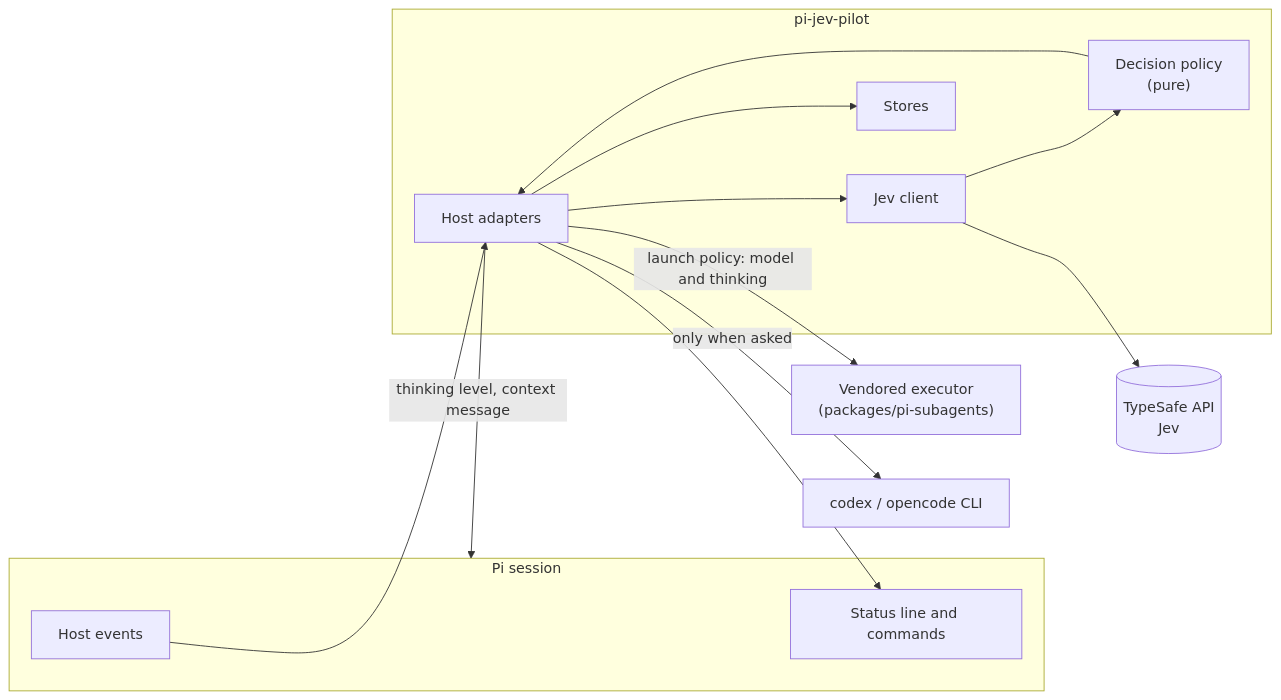
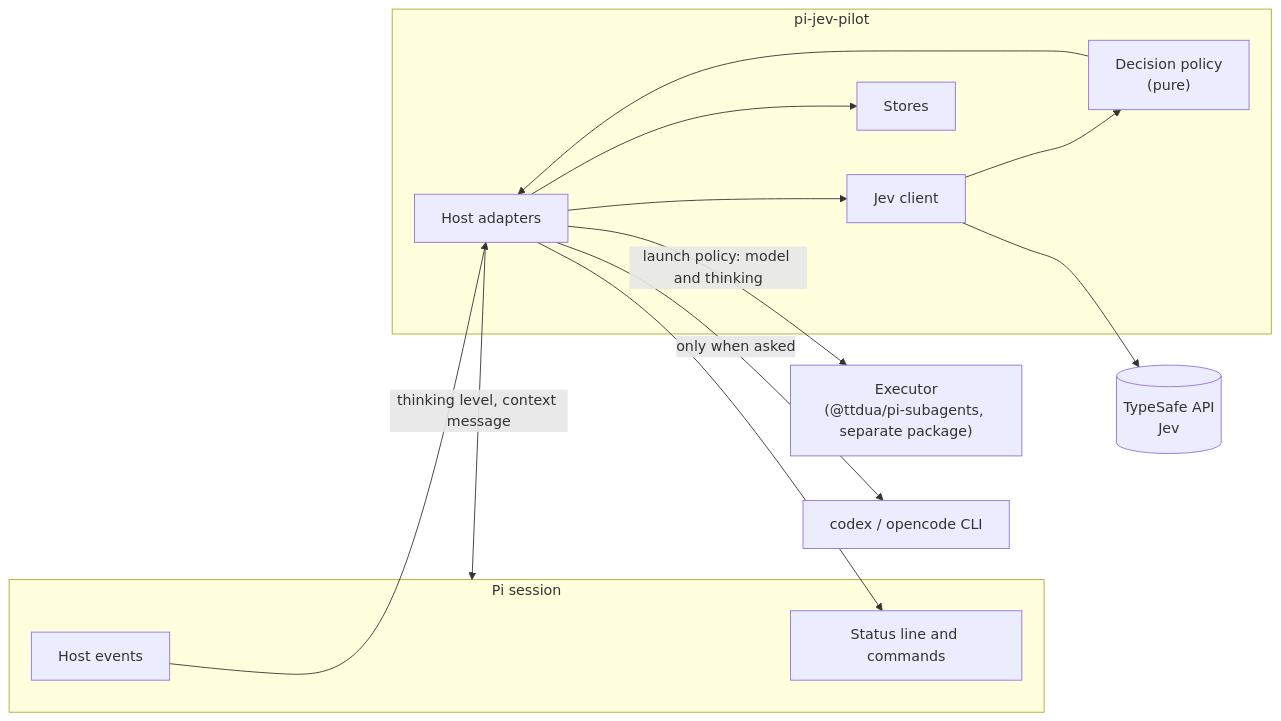
One commit to ttdua/pi-jev-pilot changed the first of 2 diagrams in docs/architecture.md. Above: the diagram before and after it, drawn with Mermaid. The commit also changed other lines of this file and 840 other files, not shown here.

First line of the commit message:
feat(executor-boundary)!: extract pi-subagents into its own repository (#100)

````diff
--- a/docs/architecture.md
+++ b/docs/architecture.md
@@ -9,25 +9,25 @@
 ```mermaid
 flowchart LR
     subgraph Pi["Pi session"]
         E["Host events"]
         U["Status line and commands"]
     end
     subgraph Ext["pi-jev-pilot"]
         H["Host adapters"]
         P["Decision policy<br/>(pure)"]
         C["Jev client"]
         S["Stores"]
     end
     J[("TypeSafe API<br/>Jev")]
-    X["Vendored executor<br/>(packages/pi-subagents)"]
+    X["Executor<br/>(@ttdua/pi-subagents, separate package)"]
     CLI["codex / opencode CLI"]
 
     E --> H
     H --> C --> J
     C --> P --> H
     H -- "thinking level, context message" --> Pi
     H -- "launch policy: model and thinking" --> X
     H --> U
     H --> S
     H -- "only when asked" --> CLI
 ```
````
